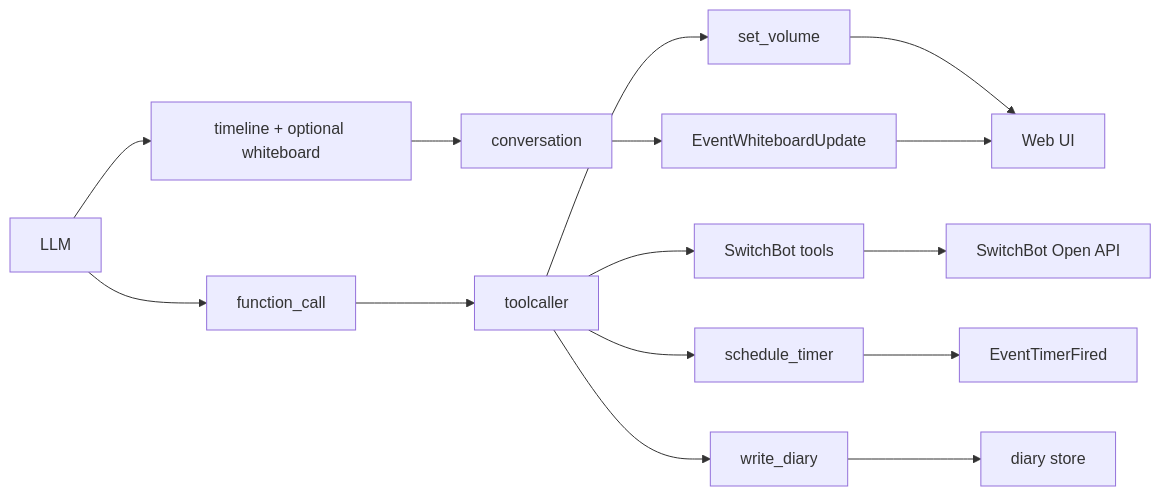
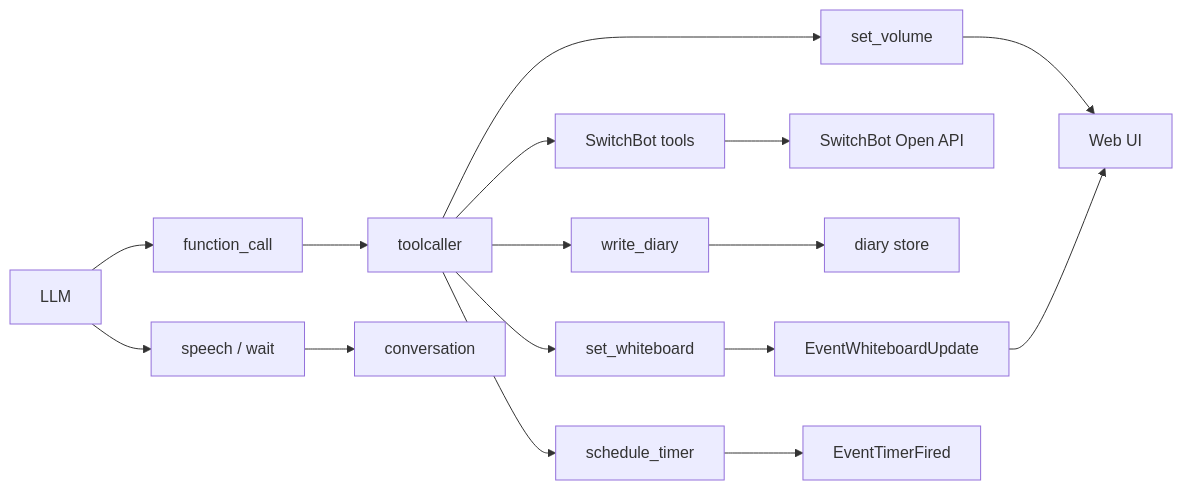
Before and after one commit to tetetratra/smart-speaker: the diagram in docs/生活操作ツール群.md, drawn with Mermaid. The commit also changed other lines of this file and 15 other files, not shown here.

````diff
--- a/docs/生活操作ツール群.md
+++ b/docs/生活操作ツール群.md
@@ -79,17 +80,18 @@
 ```mermaid
 flowchart LR
-	LLM["LLM"] --> RESPJSON["timeline + optional whiteboard"]
+	LLM["LLM"] --> RESPJSON["speech / wait"]
 	LLM --> TOOLREQ["function_call"]
 	TOOLREQ --> TOOL["toolcaller"]
 	TOOL --> SB["SwitchBot tools"]
 	TOOL --> VOL["set_volume"]
 	TOOL --> TIMER["schedule_timer"]
+	TOOL --> WBTOOL["set_whiteboard"]
 	TOOL --> DIARY["write_diary"]
 	SB --> API["SwitchBot Open API"]
 	VOL --> UI["Web UI"]
 	DIARY --> STORE["diary store"]
 	RESPJSON --> CONV["conversation"]
-	CONV --> WB["EventWhiteboardUpdate"]
+	WBTOOL --> WB["EventWhiteboardUpdate"]
 	WB --> UI
 	TIMER --> EVT["EventTimerFired"]
 ```
````
